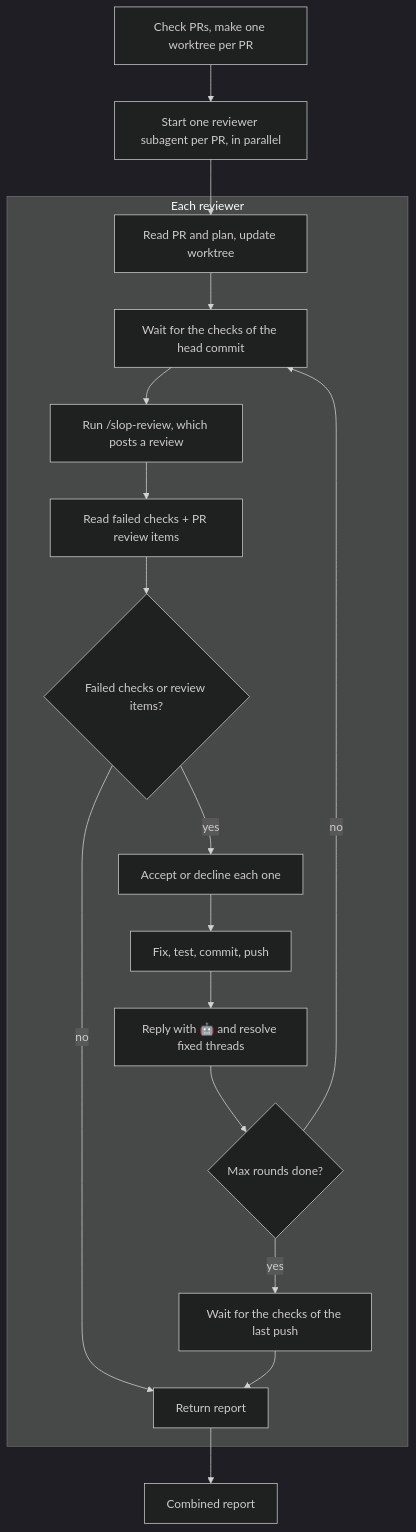
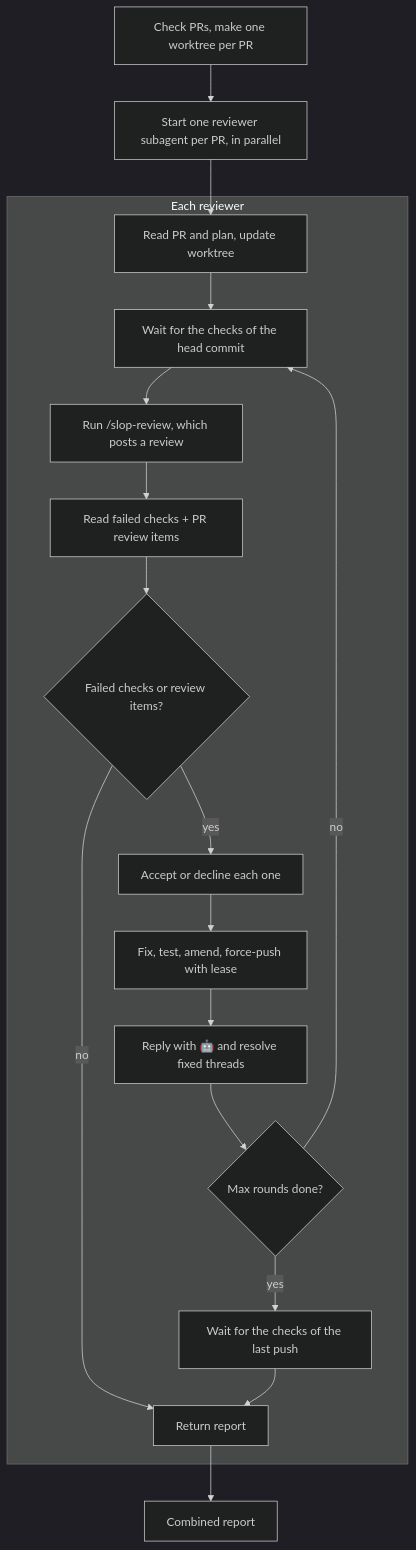
The diagram in skills/bot-review/README.md (crosleyzack/skills), drawn with Mermaid (dark theme) before and after one commit. The commit also changed other lines of this file and 1 other file, not shown here.

Commit message:
feat(bot-review): keep each PR at one commit
The reviewer amends the PR commit each round instead of adding
a new commit, so a PR that starts with one commit keeps one.

````diff
--- a/skills/bot-review/README.md
+++ b/skills/bot-review/README.md
@@ -17,20 +18,20 @@
 ```mermaid
 flowchart TD
     P[Check PRs, make one worktree per PR] --> N[Start one reviewer subagent per PR, in parallel]
     N --> A
     subgraph reviewer [Each reviewer]
     A[Read PR and plan, update worktree] --> W[Wait for the checks of the head commit]
     W --> S[Run /slop-review, which posts a review]
     S --> F[Read failed checks + PR review items]
     F --> G{Failed checks or review items?}
     G -- no --> R
     G -- yes --> H[Accept or decline each one]
-    H --> I[Fix, test, commit, push]
+    H --> I[Fix, test, amend, force-push with lease]
     I --> J[Reply with 🤖 and resolve fixed threads]
     J --> K{Max rounds done?}
     K -- no --> W
     K -- yes --> L[Wait for the checks of the last push]
     L --> R[Return report]
     end
     R --> T[Combined report]
 ```
````
